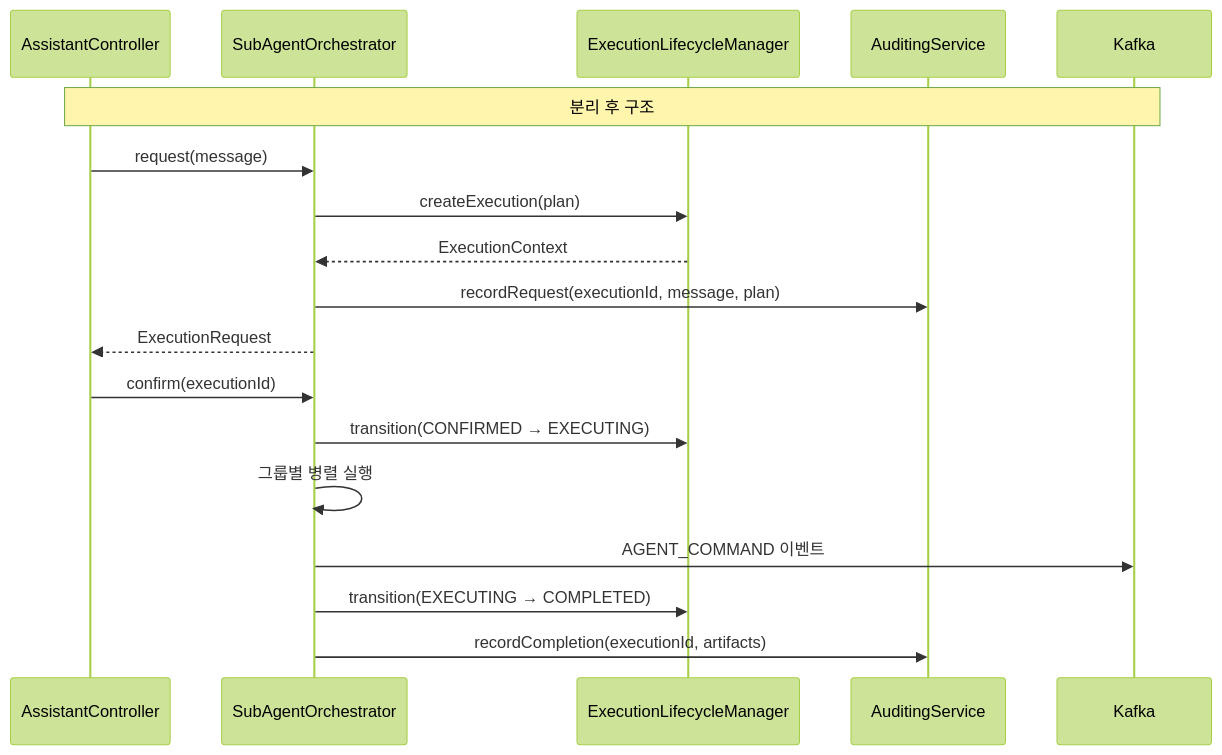
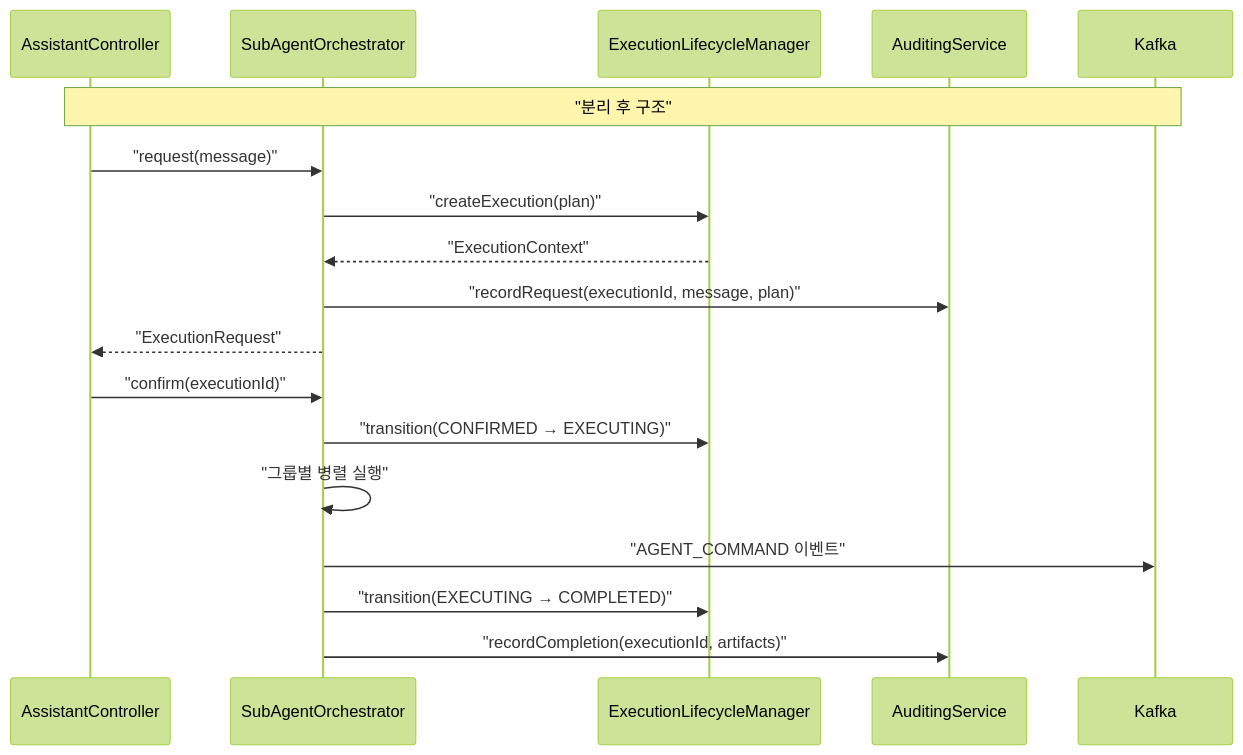
The seventh of 13 diagrams in assistant/USECASE.md (sayaya1090/handbook), drawn with Mermaid (forest theme) before and after one commit. The commit also changed other lines of this file and 22 other files, not shown here.

First line of the commit message:
docs: Mermaid 다이어그램 렌더링 오류 수정을 위한 구문 전수 교정

````diff
--- a/assistant/USECASE.md
+++ b/assistant/USECASE.md
@@ -243,22 +243,22 @@
 ```mermaid
 sequenceDiagram
     participant Ctrl as AssistantController
     participant Orch as SubAgentOrchestrator
     participant Life as ExecutionLifecycleManager
     participant Audit as AuditingService
     participant Kafka as Kafka
 
-    Note over Ctrl,Kafka: 분리 후 구조
-    Ctrl->>Orch: request(message)
-    Orch->>Life: createExecution(plan)
-    Life-->>Orch: ExecutionContext
-    Orch->>Audit: recordRequest(executionId, message, plan)
-    Orch-->>Ctrl: ExecutionRequest
+    Note over Ctrl,Kafka: "분리 후 구조"
+    Ctrl->>Orch: "request(message)"
+    Orch->>Life: "createExecution(plan)"
+    Life-->>Orch: "ExecutionContext"
+    Orch->>Audit: "recordRequest(executionId, message, plan)"
+    Orch-->>Ctrl: "ExecutionRequest"
 
-    Ctrl->>Orch: confirm(executionId)
-    Orch->>Life: transition(CONFIRMED → EXECUTING)
-    Orch->>Orch: 그룹별 병렬 실행
-    Orch->>Kafka: AGENT_COMMAND 이벤트
-    Orch->>Life: transition(EXECUTING → COMPLETED)
-    Orch->>Audit: recordCompletion(executionId, artifacts)
+    Ctrl->>Orch: "confirm(executionId)"
+    Orch->>Life: "transition(CONFIRMED → EXECUTING)"
+    Orch->>Orch: "그룹별 병렬 실행"
+    Orch->>Kafka: "AGENT_COMMAND 이벤트"
+    Orch->>Life: "transition(EXECUTING → COMPLETED)"
+    Orch->>Audit: "recordCompletion(executionId, artifacts)"
 ```
````
